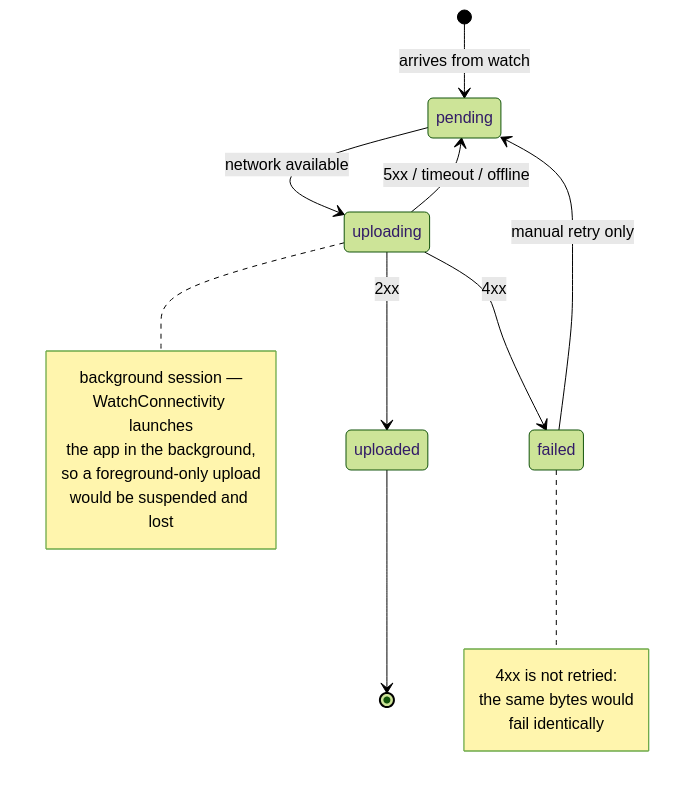
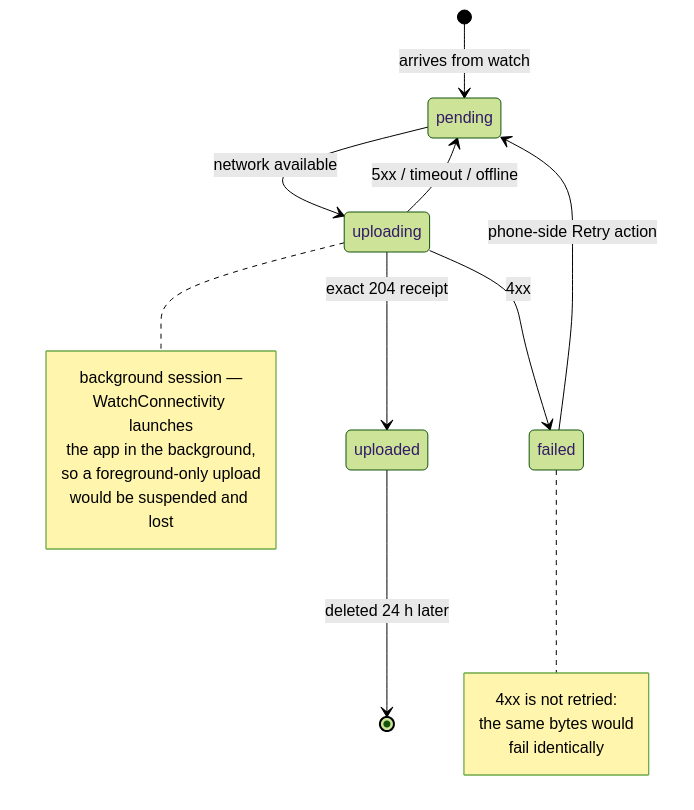
Before and after one commit to FrankLong1/watch-recorder: the third of 4 diagrams in 1a_UPLOAD_PATHS.md, drawn with Mermaid (forest theme). The commit also changed other lines of this file and 43 other files, not shown here.

````diff
--- a/1a_UPLOAD_PATHS.md
+++ b/1a_UPLOAD_PATHS.md
@@ -91,24 +94,24 @@
 ```mermaid
 stateDiagram-v2
     [*] --> pending: arrives from watch
     pending --> uploading: network available
-    uploading --> uploaded: 2xx
+    uploading --> uploaded: exact 204 receipt
     uploading --> pending: 5xx / timeout / offline
     uploading --> failed: 4xx
-    failed --> pending: manual retry only
-    uploaded --> [*]
+    failed --> pending: phone-side Retry action
+    uploaded --> [*]: deleted 24 h later
 
     note right of uploading
         background session —
         WatchConnectivity launches
         the app in the background,
         so a foreground-only upload
         would be suspended and lost
     end note
 
     note right of failed
         4xx is not retried:
         the same bytes would
         fail identically
     end note
 ```
````
